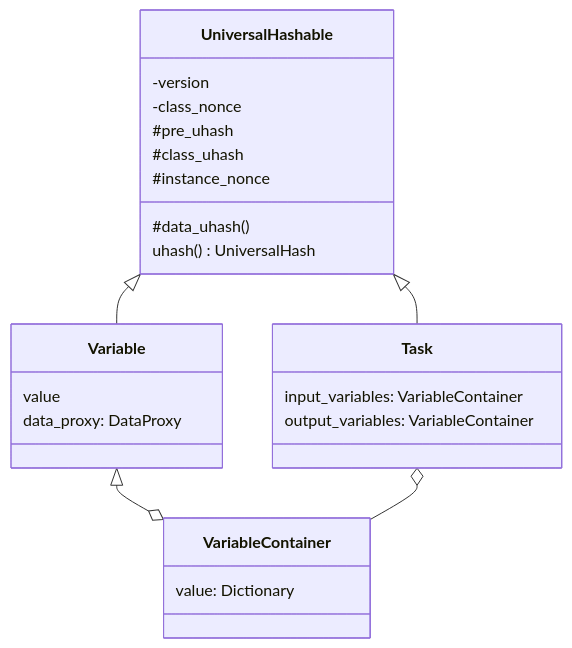
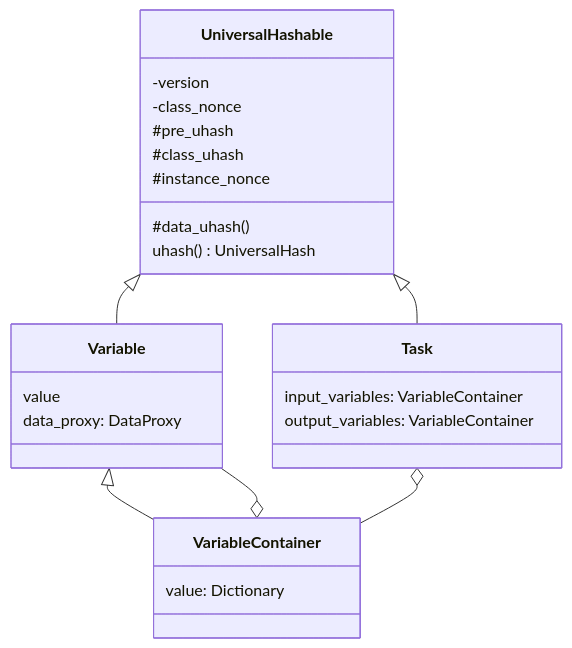
The diagram in doc/implementation.rst (ewoks-kit/ewokscore), drawn with Mermaid before and after one commit.

```diff
--- a/doc/implementation.rst
+++ b/doc/implementation.rst
@@ -31,31 +31,32 @@
 .. mermaid::
 
   classDiagram
   UniversalHashable <|-- Variable
-  Variable <|--o VariableContainer
+  Variable <|-- VariableContainer
+  Variable --o VariableContainer
   UniversalHashable <|-- Task
   Task o-- VariableContainer
 
   class UniversalHashable{
     -version
     -class_nonce
     #pre_uhash
     #class_uhash
     #instance_nonce
     #data_uhash()
     uhash() UniversalHash
   }
 
   class Variable{
     value
     data_proxy: DataProxy
   }
 
   class VariableContainer{
     value: Dictionary<string|int, Variable>
   }
 
   class Task{
     input_variables: VariableContainer
     output_variables: VariableContainer
   }
```
